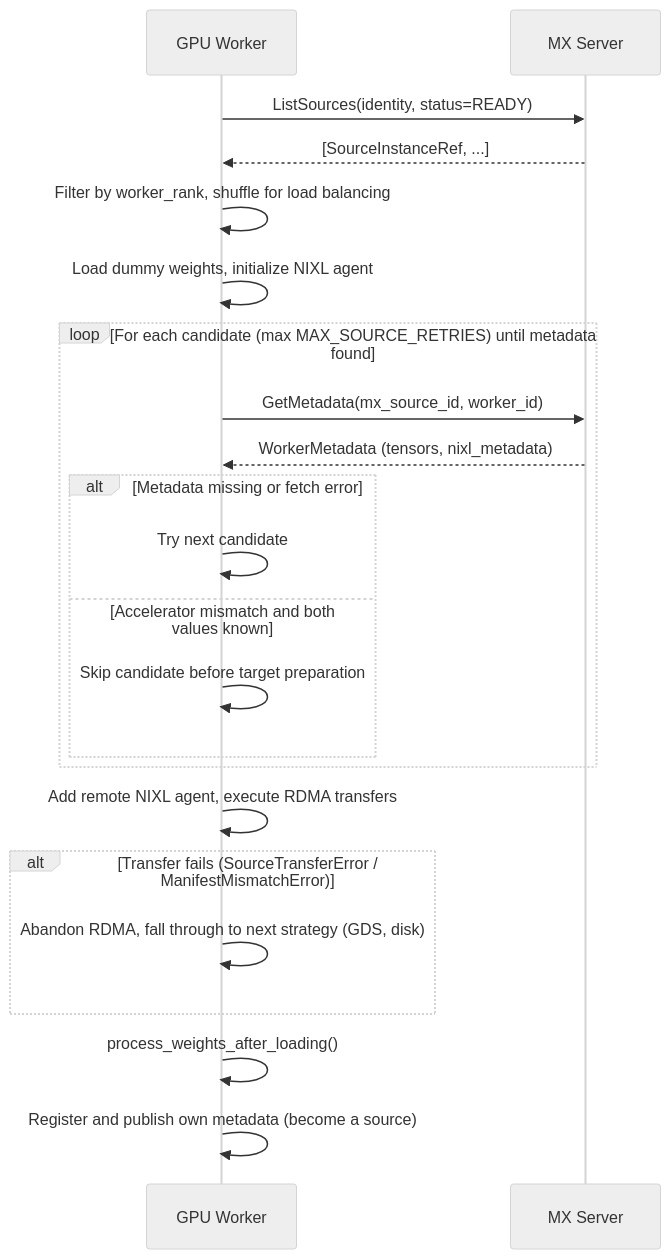
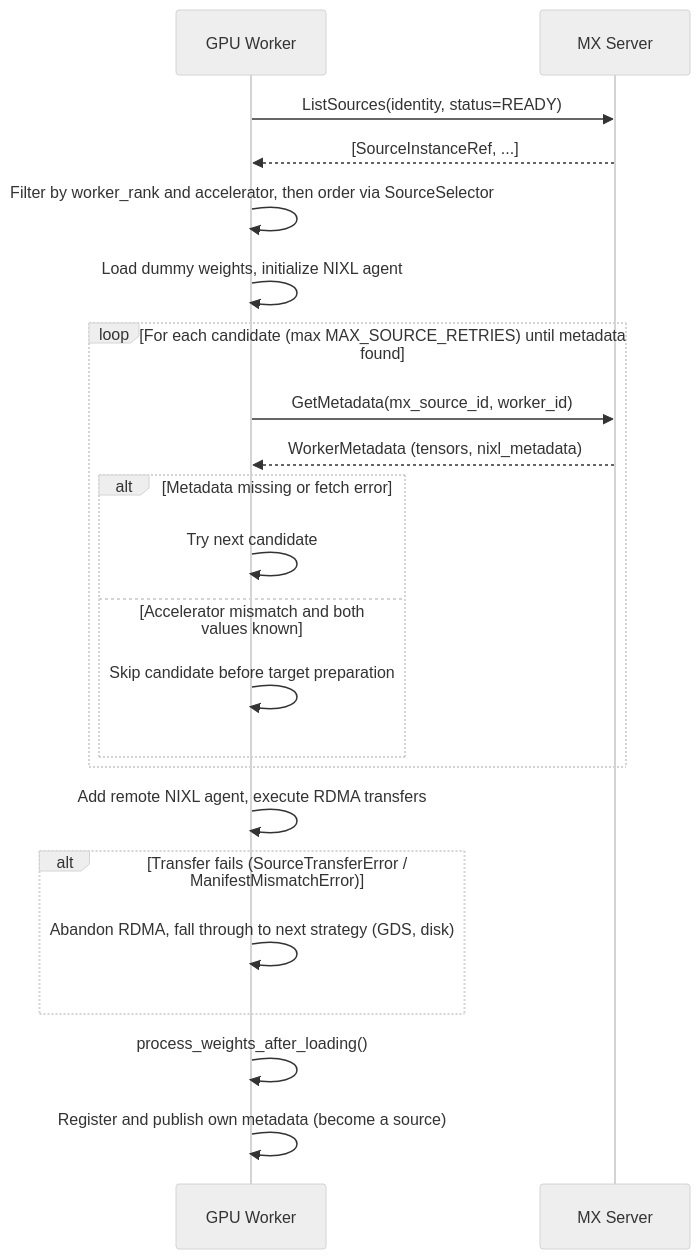
One commit to ai-dynamo/modelexpress changed the third of 3 diagrams in docs/metadata.md. Above: the diagram before and after it, drawn with Mermaid (neutral theme). The commit also changed other lines of this file and 14 other files, not shown here.

````diff
--- a/docs/metadata.md
+++ b/docs/metadata.md
@@ -452,25 +453,25 @@
 ```mermaid
 sequenceDiagram
     participant W as GPU Worker
     participant MX as MX Server
 
     W->>MX: ListSources(identity, status=READY)
     MX-->>W: [SourceInstanceRef, ...]
-    W->>W: Filter by worker_rank, shuffle for load balancing
+    W->>W: Filter by worker_rank and accelerator, then order via SourceSelector
     W->>W: Load dummy weights, initialize NIXL agent
     loop For each candidate (max MAX_SOURCE_RETRIES) until metadata found
         W->>MX: GetMetadata(mx_source_id, worker_id)
         MX-->>W: WorkerMetadata (tensors, nixl_metadata)
         alt Metadata missing or fetch error
             W->>W: Try next candidate
         else Accelerator mismatch and both values known
           W->>W: Skip candidate before target preparation
         end
     end
     W->>W: Add remote NIXL agent, execute RDMA transfers
     alt Transfer fails (SourceTransferError / ManifestMismatchError)
         W->>W: Abandon RDMA, fall through to next strategy (GDS, disk)
     end
     W->>W: process_weights_after_loading()
     W->>W: Register and publish own metadata (become a source)
 ```
````
